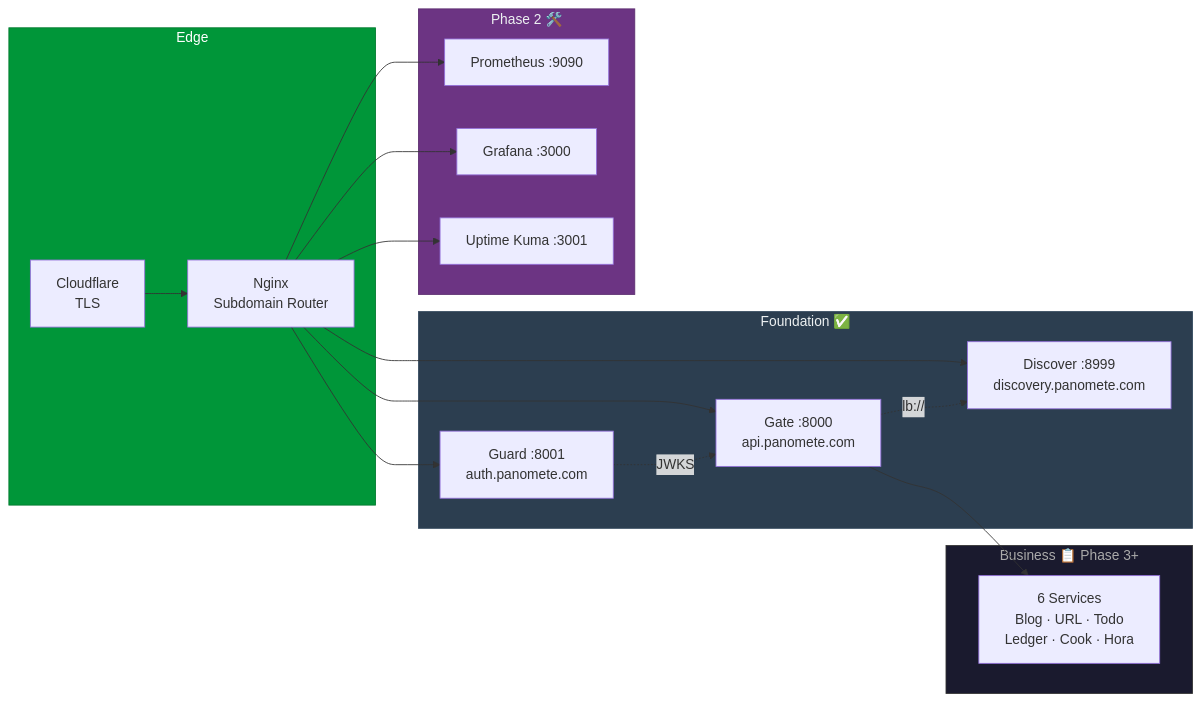
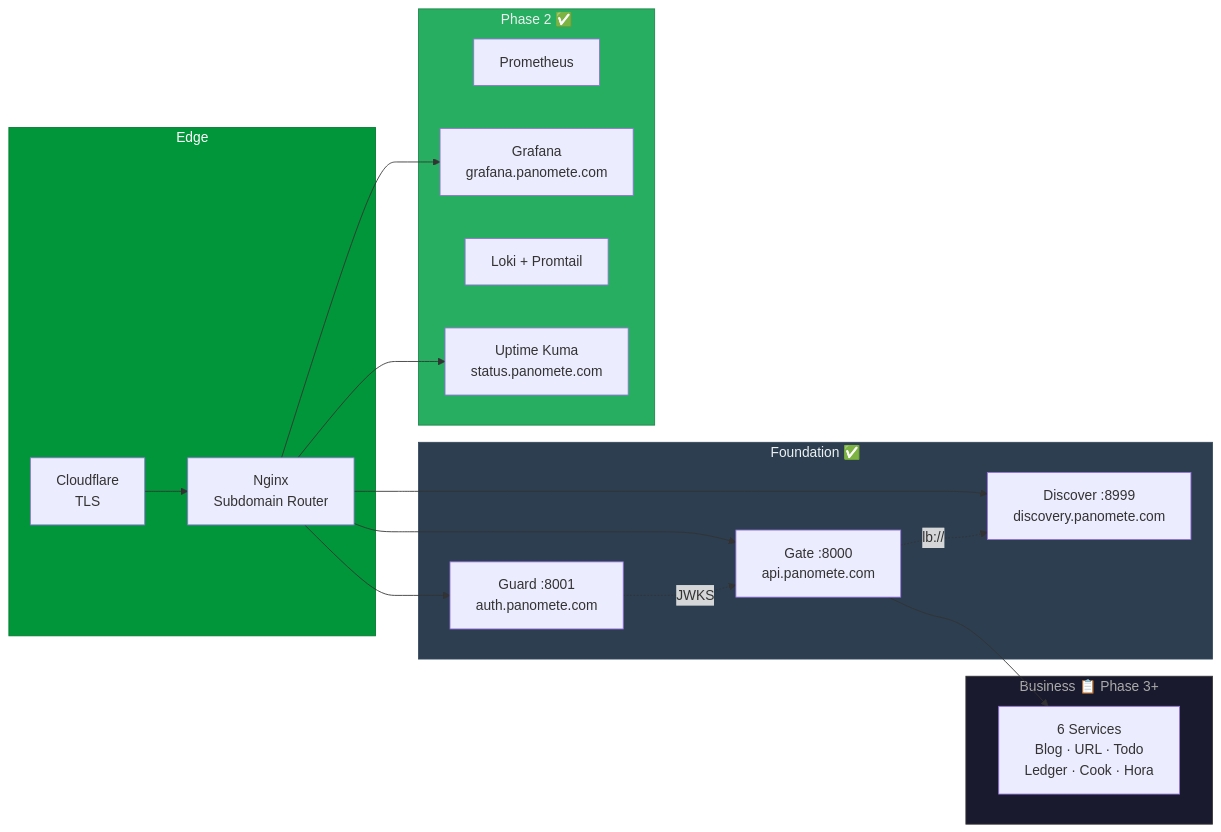
One commit to oat431/document_template changed the diagram in README.md. Above: the diagram before and after it, drawn with Mermaid. The commit also changed other lines of this file, not shown here.

````diff
--- a/README.md
+++ b/README.md
@@ -62,38 +62,38 @@
 ```mermaid
 flowchart LR
     subgraph Edge["Edge"]
         CF["Cloudflare<br>TLS"] --> Nginx["Nginx<br>Subdomain Router"]
     end
 
     subgraph Foundation["Foundation ✅"]
         Guard["Guard :8001<br>auth.panomete.com"]
         Discover["Discover :8999<br>discovery.panomete.com"]
         Gate["Gate :8000<br>api.panomete.com"]
     end
 
-    subgraph Phase2["Phase 2 🛠️"]
-        Prom["Prometheus :9090"]
-        Grafana["Grafana :3000"]
-        Kuma["Uptime Kuma :3001"]
+    subgraph Phase2["Phase 2 ✅"]
+        Prom["Prometheus"]
+        Grafana["Grafana<br>grafana.panomete.com"]
+        Loki["Loki + Promtail"]
+        Kuma["Uptime Kuma<br>status.panomete.com"]
     end
 
     subgraph Business["Business 📋 Phase 3+"]
         Services["6 Services<br>Blog · URL · Todo<br>Ledger · Cook · Hora"]
     end
 
     Nginx --> Guard
     Nginx --> Discover
     Nginx --> Gate
-    Nginx --> Prom
     Nginx --> Grafana
     Nginx --> Kuma
     Gate --> Services
 
     Guard -.->|"JWKS"| Gate
     Gate -.->|"lb://"| Discover
 
     style Edge fill:#009639,stroke:#007a2e,color:#fff
     style Foundation fill:#2c3e50,stroke:#34495e,color:#ecf0f1
-    style Phase2 fill:#6c3483,stroke:#5b2c6f,color:#ecf0f1
+    style Phase2 fill:#27ae60,stroke:#1e8449,color:#ecf0f1
     style Business fill:#1a1a2e,stroke:#333,color:#aaa
 ```
````
